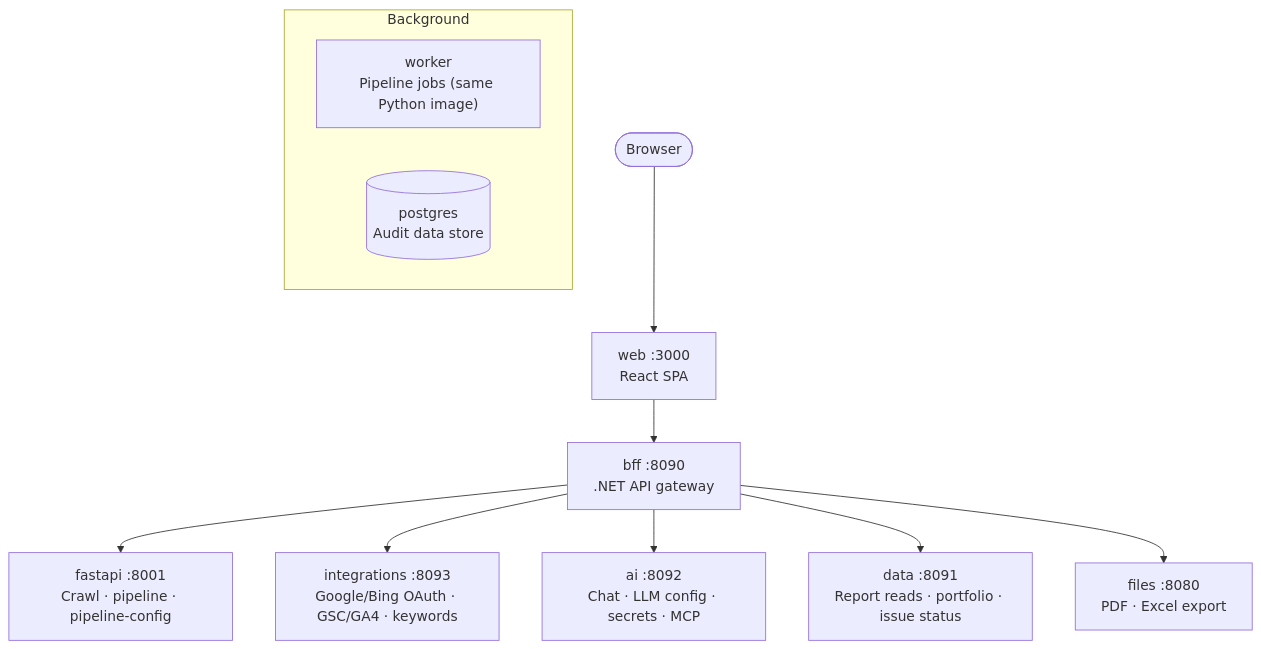
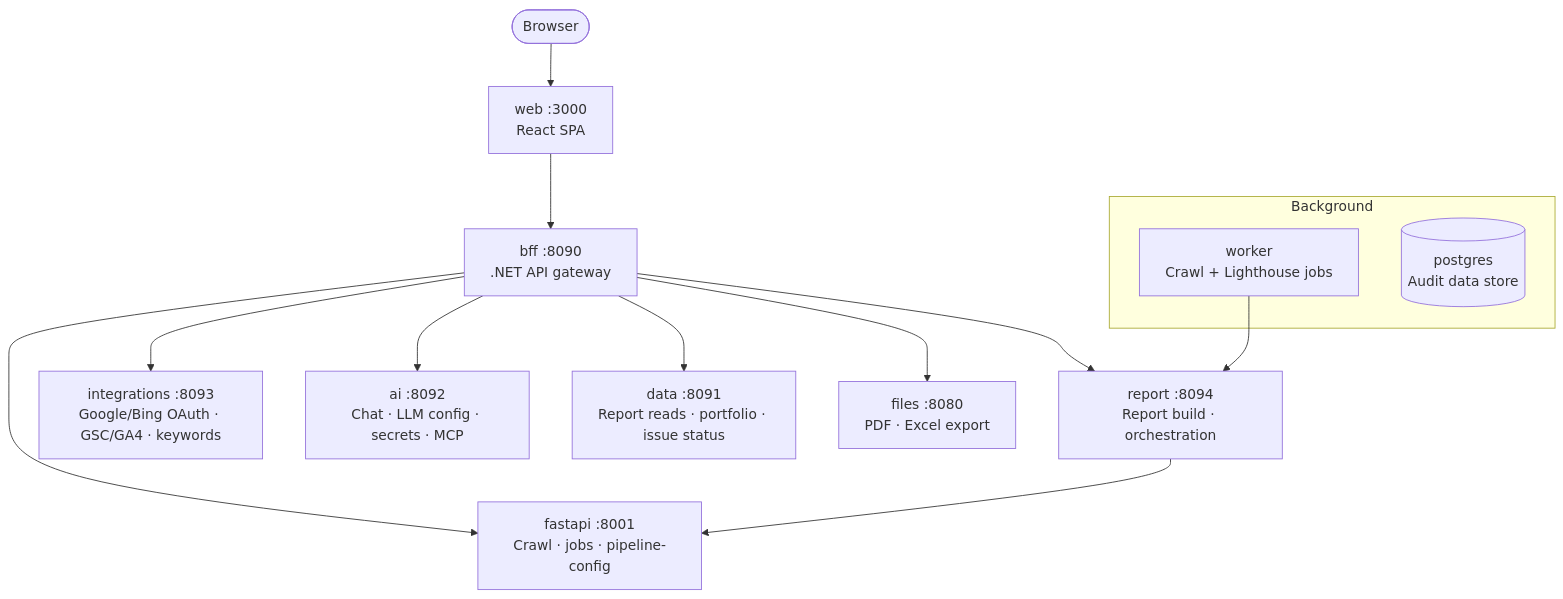
One commit to codefrydev/WebsiteProfiling changed the diagram in README.md. Above: the diagram before and after it, drawn with Mermaid. The commit also changed other lines of this file and 170 other files, not shown here.

````diff
--- a/README.md
+++ b/README.md
@@ -143,16 +143,20 @@
 ```mermaid
 flowchart TB
     Browser([Browser]) --> Web["web :3000<br/>React SPA"]
     Web --> BFF["bff :8090<br/>.NET API gateway"]
 
-    BFF --> FastAPI["fastapi :8001<br/>Crawl · pipeline · pipeline-config"]
+    BFF --> FastAPI["fastapi :8001<br/>Crawl · jobs · pipeline-config"]
+    BFF --> Report["report :8094<br/>Report build · orchestration"]
     BFF --> Integrations["integrations :8093<br/>Google/Bing OAuth · GSC/GA4 · keywords"]
     BFF --> Ai["ai :8092<br/>Chat · LLM config · secrets · MCP"]
     BFF --> Data["data :8091<br/>Report reads · portfolio · issue status"]
     BFF --> Files["files :8080<br/>PDF · Excel export"]
 
     subgraph Background["Background"]
-        Worker["worker<br/>Pipeline jobs (same Python image)"]
+        Worker["worker<br/>Crawl + Lighthouse jobs"]
         Postgres[("postgres<br/>Audit data store")]
     end
+
+    Worker --> Report
+    Report --> FastAPI
 ```
````
